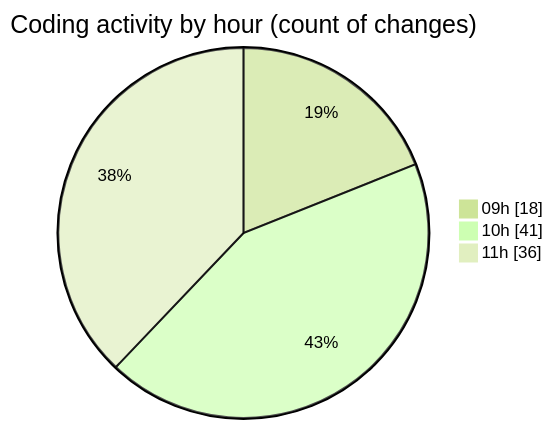
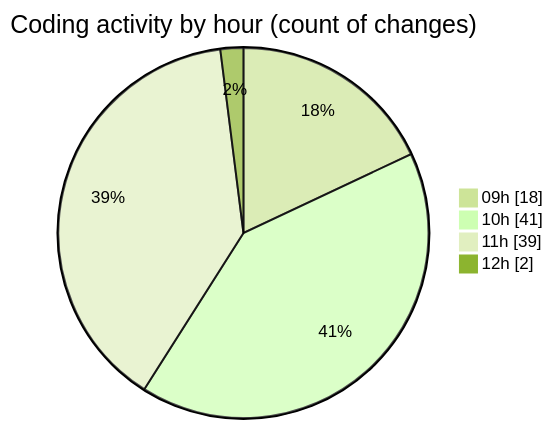
Before and after one commit to momahboobian/code-tracking: the second of 2 diagrams in 2025-02-11/cda/README.md, drawn with Mermaid (forest theme). The commit also changed other lines of this file and 1 other file, not shown here.

````diff
--- a/2025-02-11/cda/README.md
+++ b/2025-02-11/cda/README.md
@@ -32,7 +32,8 @@
 ```mermaid
 pie showData
 title Coding activity by hour (count of changes)
 "09h" : 18
 "10h" : 41
-"11h" : 36
+"11h" : 39
+"12h" : 2
 ```
````
